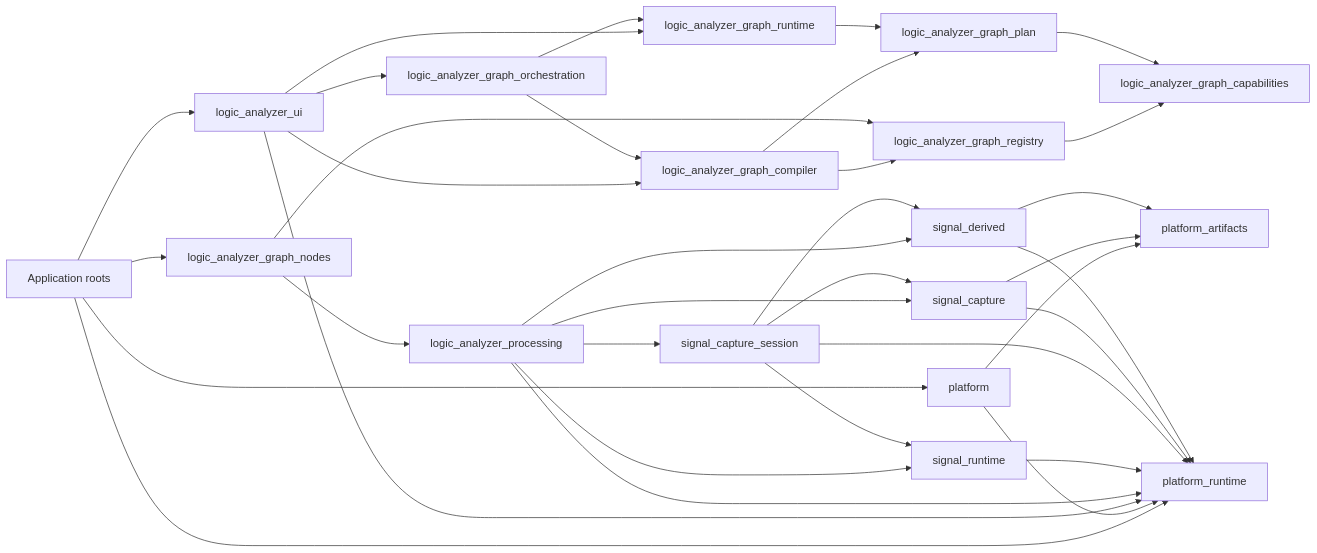
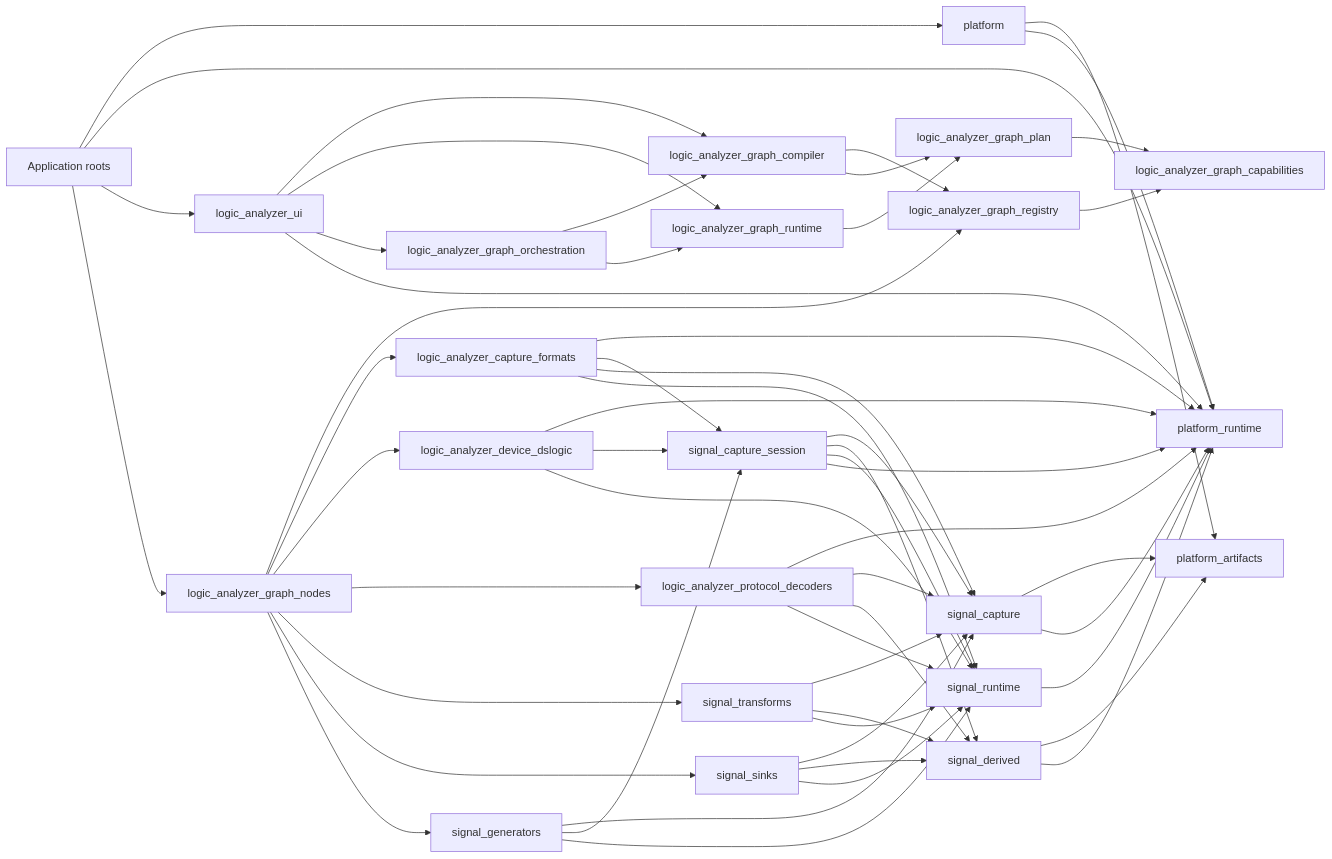
One commit to rcaelers/dsl changed the first of 2 diagrams in docs/architecture/crate_responsibility.md. Above: the diagram before and after it, drawn with Mermaid. The commit also changed other lines of this file and 248 other files, not shown here.

````diff
--- a/docs/architecture/crate_responsibility.md
+++ b/docs/architecture/crate_responsibility.md
@@ -243,36 +265,56 @@
 ```mermaid
 flowchart LR
     Apps[Application roots] --> Platform[platform]
     Apps --> HostRuntime[platform_runtime]
     Apps --> UI[logic_analyzer_ui]
     Apps --> Nodes[logic_analyzer_graph_nodes]
     Platform --> Artifacts[platform_artifacts]
     Platform --> HostRuntime
     UI --> Compiler[logic_analyzer_graph_compiler]
     UI --> Runtime[logic_analyzer_graph_runtime]
     UI --> Orchestration[logic_analyzer_graph_orchestration]
     UI --> HostRuntime
     Orchestration --> Compiler
     Orchestration --> Runtime
     Compiler --> Registry[logic_analyzer_graph_registry]
     Compiler --> Plan[logic_analyzer_graph_plan]
     Runtime --> Plan
     Registry --> Capabilities[logic_analyzer_graph_capabilities]
     Plan --> Capabilities
     Nodes --> Registry
-    Nodes --> Processing[logic_analyzer_processing]
-    Processing --> HostRuntime
-    Processing --> Session[signal_capture_session]
-    Processing --> Capture[signal_capture]
-    Processing --> Derived[signal_derived]
-    Processing --> Stream[signal_runtime]
+    Nodes --> Formats[logic_analyzer_capture_formats]
+    Nodes --> Device[logic_analyzer_device_dslogic]
+    Nodes --> Decoders[logic_analyzer_protocol_decoders]
+    Nodes --> Transforms[signal_transforms]
+    Nodes --> Sinks[signal_sinks]
+    Nodes --> Generators[signal_generators]
+    Formats --> HostRuntime
+    Formats --> Session[signal_capture_session]
+    Formats --> Capture[signal_capture]
+    Device --> HostRuntime
+    Device --> Session
+    Decoders --> HostRuntime
+    Decoders --> Capture
+    Decoders --> Derived[signal_derived]
+    Transforms --> Capture
+    Transforms --> Derived
+    Sinks --> Capture
+    Sinks --> Derived
+    Generators --> Capture
+    Generators --> Session
+    Formats --> Stream[signal_runtime]
+    Device --> Stream
+    Decoders --> Stream
+    Transforms --> Stream
+    Sinks --> Stream
+    Generators --> Stream
     Stream --> HostRuntime
     Session --> Capture
     Session --> Derived
     Session --> Stream
     Session --> HostRuntime
     Capture --> Artifacts
     Capture --> HostRuntime
     Derived --> Artifacts
     Derived --> HostRuntime
 ```
````
